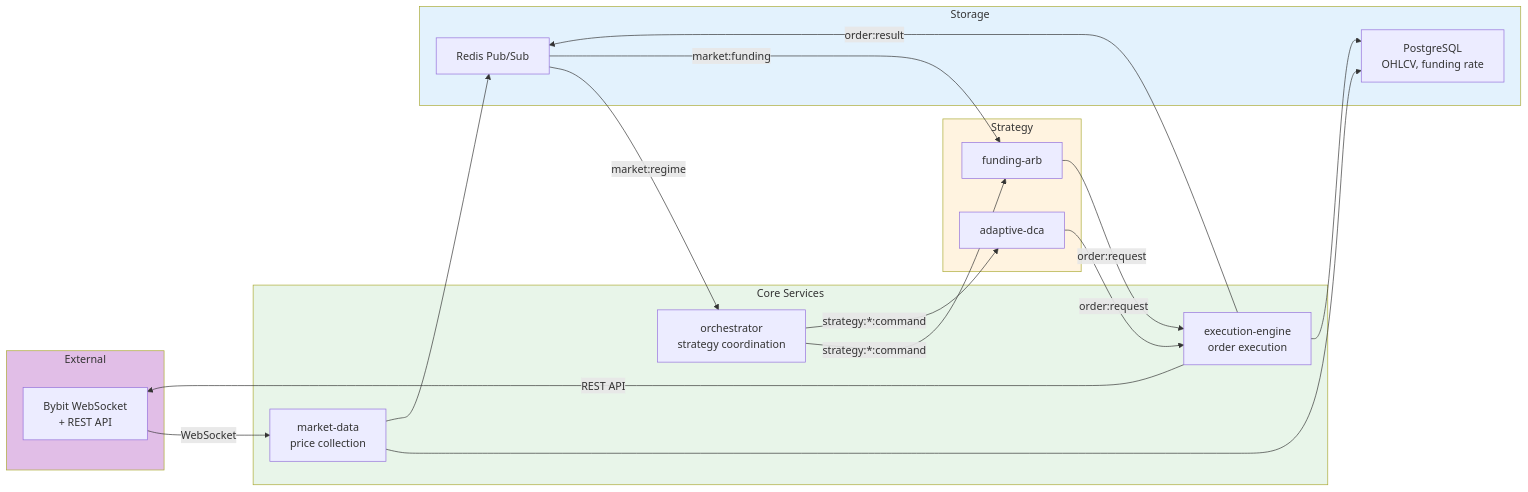
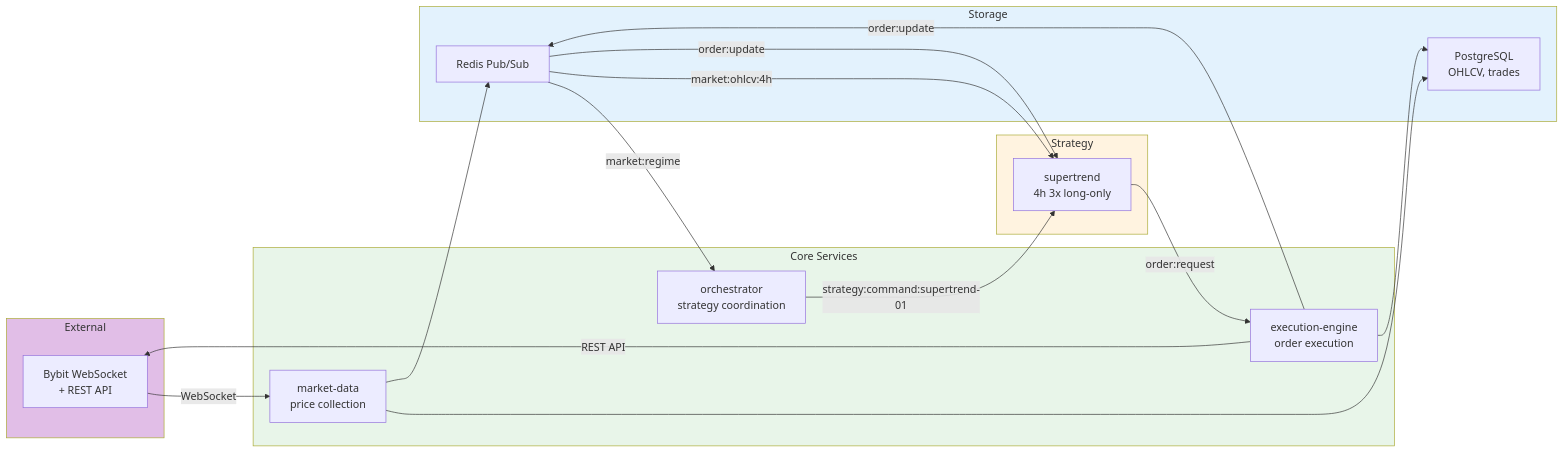
The third of 3 diagrams in docs/architecture/system-overview.md (Justant-source/Bit-Mania), drawn with Mermaid before and after one commit. The commit also changed other lines of this file and 8 other files, not shown here.

````diff
--- a/docs/architecture/system-overview.md
+++ b/docs/architecture/system-overview.md
@@ -253,40 +244,38 @@
 ```mermaid
 graph LR
     subgraph ext["External"]
         bybit["Bybit WebSocket<br>+ REST API"]
     end
     
     subgraph core["Core Services"]
         md["market-data<br>price collection"]
         orch["orchestrator<br>strategy coordination"]
         exec["execution-engine<br>order execution"]
     end
     
     subgraph strat["Strategy"]
-        fa["funding-arb"]
-        dca["adaptive-dca"]
+        st["supertrend<br>4h 3x long-only"]
     end
     
     subgraph storage["Storage"]
-        pg["PostgreSQL<br>OHLCV, funding rate"]
+        pg["PostgreSQL<br>OHLCV, trades"]
         redis["Redis Pub/Sub"]
     end
     
     bybit -->|"WebSocket"| md
     md --> pg
     md --> redis
     redis -->|"market:regime"| orch
-    redis -->|"market:funding"| fa
-    orch -->|"strategy:*:command"| fa
-    orch -->|"strategy:*:command"| dca
-    fa -->|"order:request"| exec
-    dca -->|"order:request"| exec
-    exec -->|"order:result"| redis
+    redis -->|"market:ohlcv:4h"| st
+    orch -->|"strategy:command:supertrend-01"| st
+    st -->|"order:request"| exec
+    exec -->|"order:update"| redis
+    redis -->|"order:update"| st
     exec -->|"REST API"| bybit
     exec --> pg
     
     style ext fill:#E1BEE7
     style core fill:#E8F5E9
     style strat fill:#FFF3E0
     style storage fill:#E3F2FD
 ```
````
